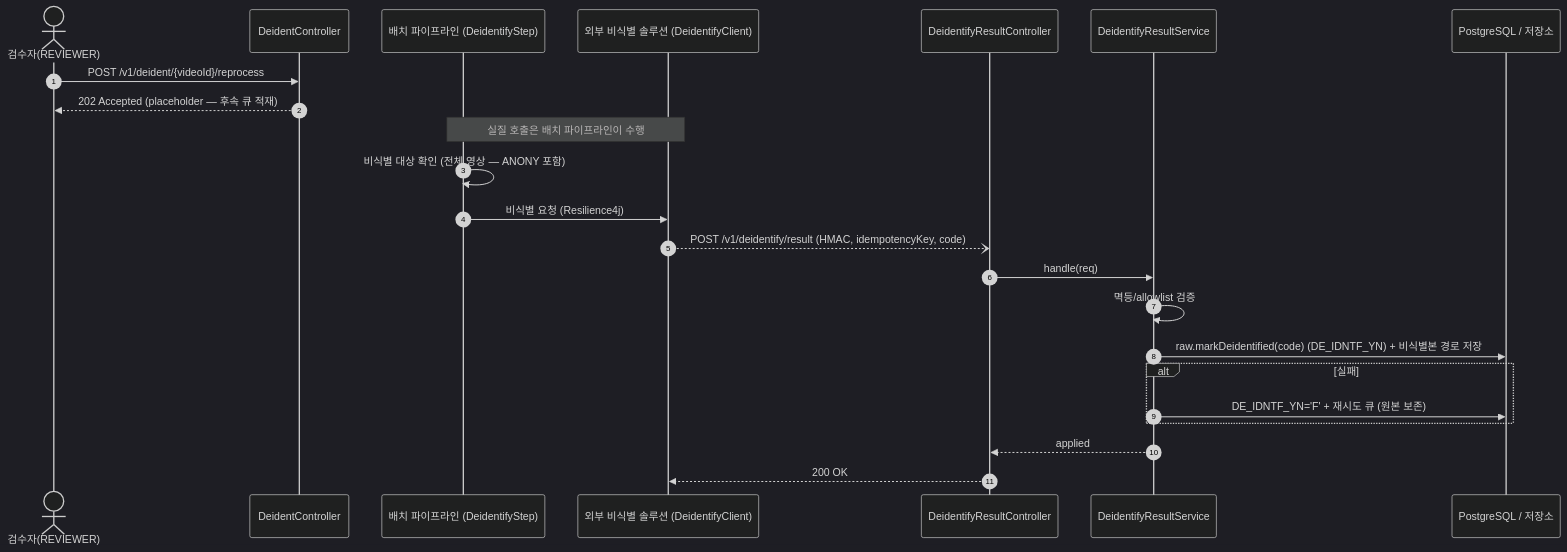
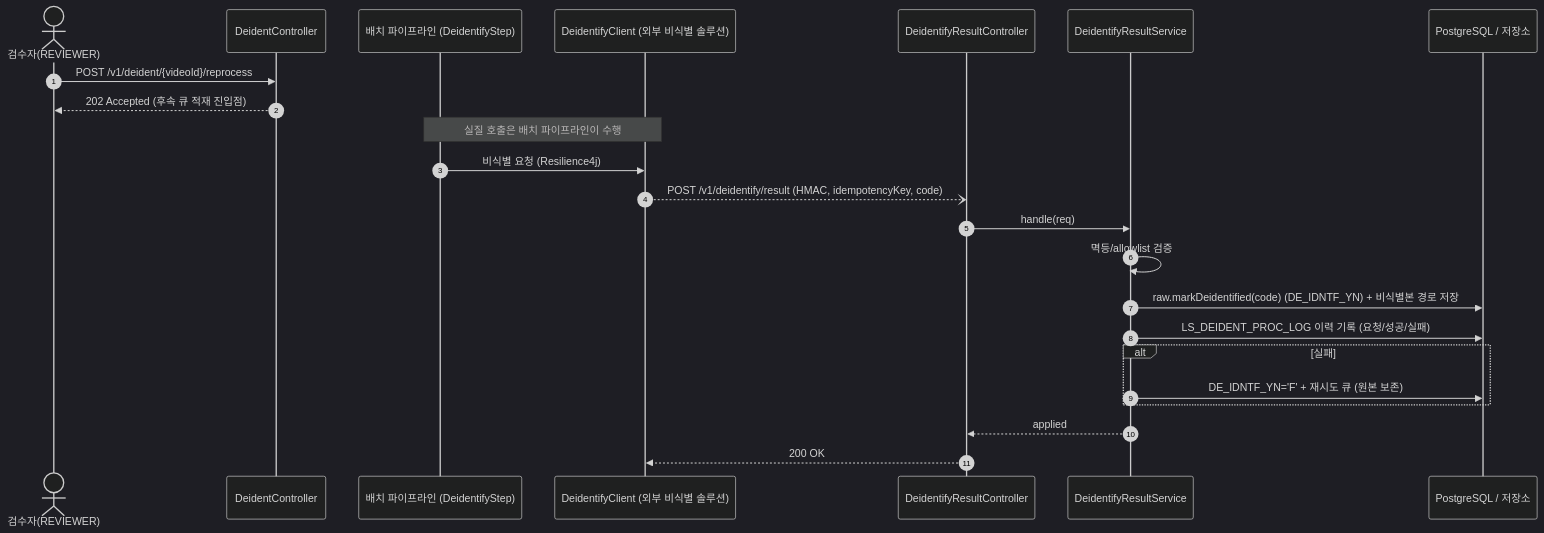
One commit to New-stella/klid-label changed diagram 11 of 26 in docs/design/D1-클래스설계서.md. Above: the diagram before and after it, drawn with Mermaid (dark theme). The commit also changed other lines of this file and 6 other files, not shown here.

````diff
--- a/docs/design/D1-클래스설계서.md
+++ b/docs/design/D1-클래스설계서.md
@@ -745,26 +622,25 @@
 ```mermaid
 sequenceDiagram
     autonumber
     actor RV as 검수자(REVIEWER)
     participant DC as DeidentController
     participant BO as 배치 파이프라인 (DeidentifyStep)
-    participant DE as 외부 비식별 솔루션 (DeidentifyClient)
+    participant DE as DeidentifyClient (외부 비식별 솔루션)
     participant DRC as DeidentifyResultController
     participant DRS as DeidentifyResultService
     participant DB as PostgreSQL / 저장소
-
     RV->>DC: POST /v1/deident/{videoId}/reprocess
-    DC-->>RV: 202 Accepted (placeholder — 후속 큐 적재)
+    DC-->>RV: 202 Accepted (후속 큐 적재 진입점)
     Note over BO,DE: 실질 호출은 배치 파이프라인이 수행
-    BO->>BO: 비식별 대상 확인 (전체 영상 — ANONY 포함)
     BO->>DE: 비식별 요청 (Resilience4j)
     DE--)DRC: POST /v1/deidentify/result (HMAC, idempotencyKey, code)
     DRC->>DRS: handle(req)
     DRS->>DRS: 멱등/allowlist 검증
     DRS->>DB: raw.markDeidentified(code) (DE_IDNTF_YN) + 비식별본 경로 저장
+    DRS->>DB: LS_DEIDENT_PROC_LOG 이력 기록 (요청/성공/실패)
     alt 실패
         DRS->>DB: DE_IDNTF_YN='F' + 재시도 큐 (원본 보존)
     end
     DRS-->>DRC: applied
     DRC-->>DE: 200 OK
 ```
````
